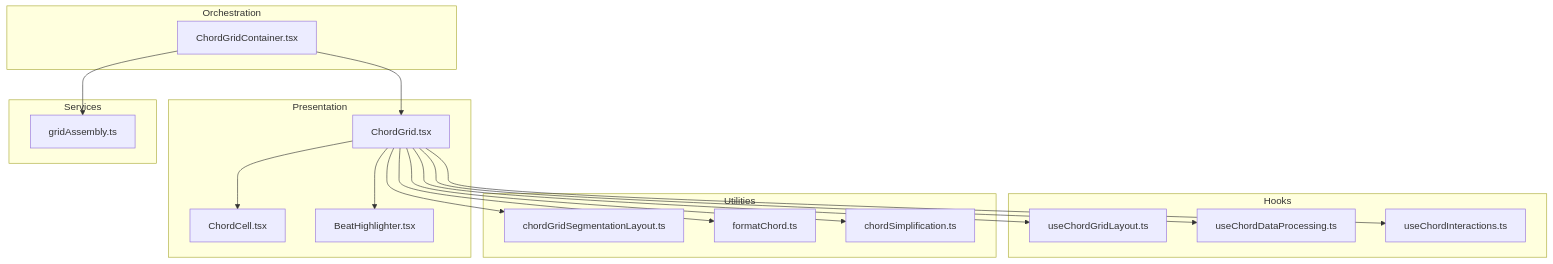
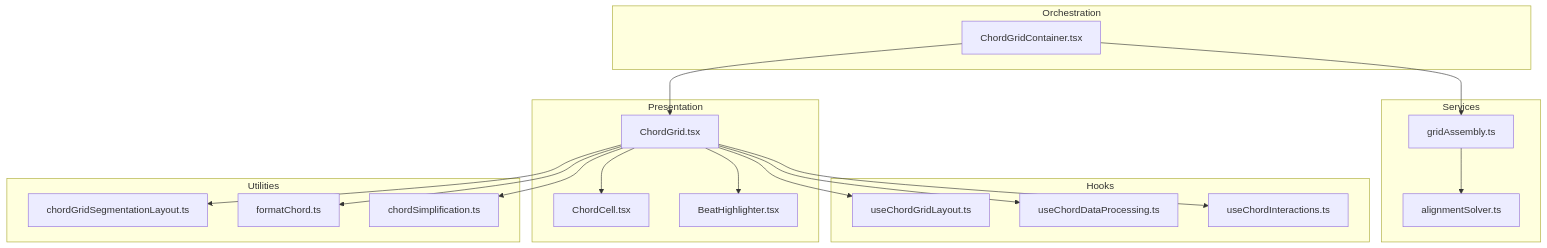
One commit to ptnghia-j/ChordMiniApp changed the first of 7 diagrams in .qoder/repowiki/en/content/Visualization and User Interface/Chord Analysis Interface.md. Above: the diagram before and after it, drawn with Mermaid. The commit also changed other lines of this file and 18 other files, not shown here.

````diff
--- a/.qoder/repowiki/en/content/Visualization and User Interface/Chord Analysis Interface.md
+++ b/.qoder/repowiki/en/content/Visualization and User Interface/Chord Analysis Interface.md
@@ -40,34 +41,36 @@
 ```mermaid
 graph TB
 subgraph "Presentation"
 CG["ChordGrid.tsx"]
 CC["ChordCell.tsx"]
 BH["BeatHighlighter.tsx"]
 end
 subgraph "Orchestration"
 CGC["ChordGridContainer.tsx"]
 end
 subgraph "Hooks"
 UGL["useChordGridLayout.ts"]
 UDP["useChordDataProcessing.ts"]
 UCI["useChordInteractions.ts"]
 end
 subgraph "Services"
 GA["gridAssembly.ts"]
+SOLVER["alignmentSolver.ts"]
 end
 subgraph "Utilities"
 SGL["chordGridSegmentationLayout.ts"]
 FC["formatChord.ts"]
 CS["chordSimplification.ts"]
 end
 CGC --> CG
 CG --> CC
 CG --> BH
 CG --> UGL
 CG --> UDP
 CG --> UCI
 CG --> SGL
 CG --> FC
 CGC --> GA
+GA --> SOLVER
 CG --> CS
 ```
````
